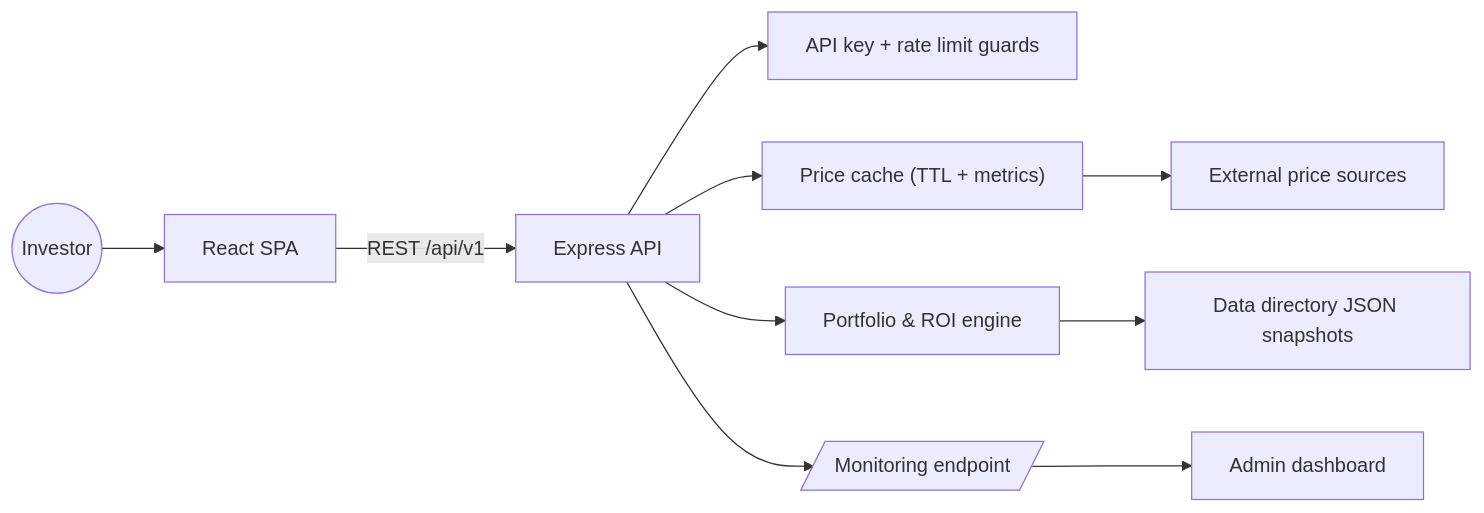
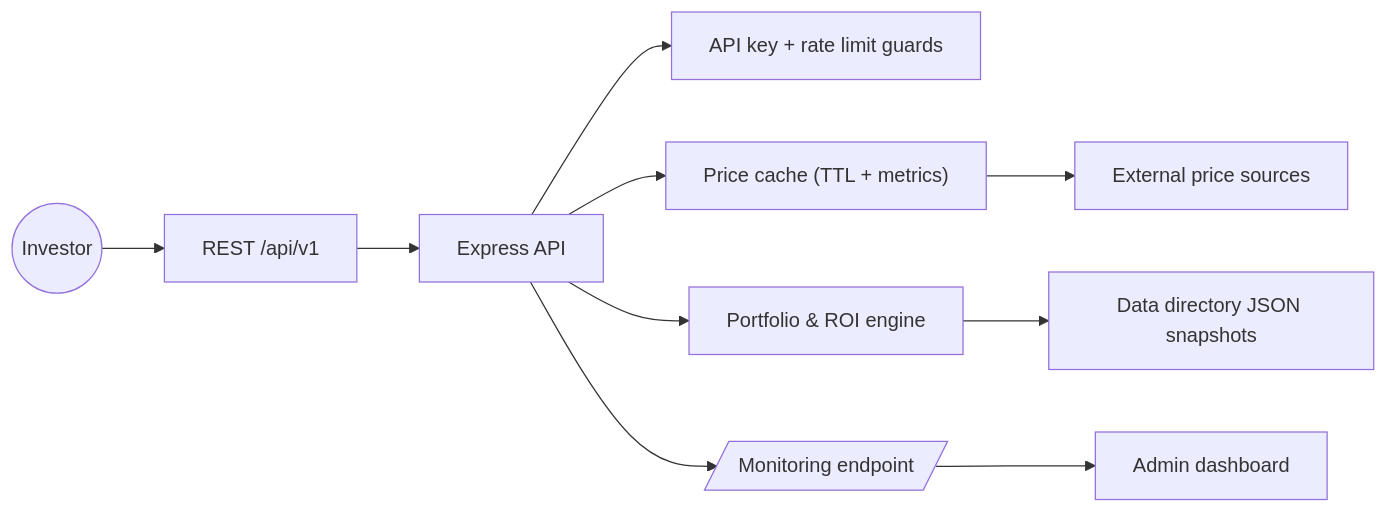
Before and after one commit to cortega26/portfolio-manager-server: the diagram in README.md, drawn with Mermaid.

````diff
--- a/README.md
+++ b/README.md
@@ -38,12 +38,12 @@
 ```mermaid
 flowchart LR
   user((Investor)) --> ui[React SPA]
-  ui --> |REST /api/v1| api[Express API]
+  ui[REST /api/v1] --> api[Express API]
   api --> auth["API key + rate limit guards"]
   api --> cache["Price cache (TTL + metrics)"]
   cache --> providers[External price sources]
   api --> ledger[Portfolio & ROI engine]
   ledger --> store[Data directory JSON snapshots]
   api --> monitor[/Monitoring endpoint/]
   monitor --> admin[Admin dashboard]
 ```
````
